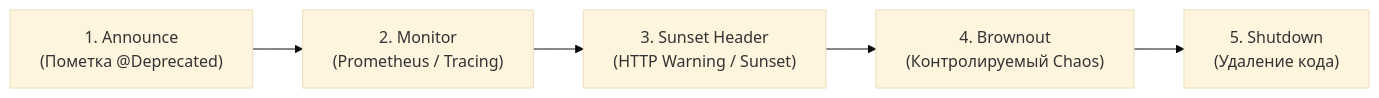
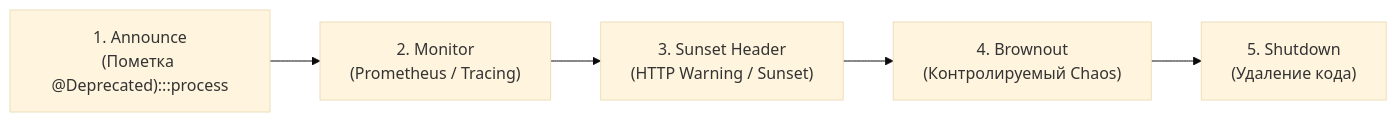
One commit to UnrealTemplier/go-textbook changed the second of 3 diagrams in sources/14. Распределенные системы на Go/04. Микросервисы/6. Versioning сервисов.md. Above: the diagram before and after it, drawn with Mermaid (base theme). The commit also changed other lines of this file and 1666 other files, not shown here.

First line of the commit message:
feat(mermaid): add semantic color classDef to 1369 colorless flowchart/graph diagrams

````diff
--- a/sources/14. Распределенные системы на Go/04. Микросервисы/6. Versioning сервисов.md
+++ b/sources/14. Распределенные системы на Go/04. Микросервисы/6. Versioning сервисов.md
@@ -110,7 +120,17 @@
 ```mermaid
 flowchart LR
-    A["1. Announce<br/>(Пометка @Deprecated)"] --> B["2. Monitor<br/>(Prometheus / Tracing)"]
+    classDef process  fill:#1e293b,stroke:#38bdf8,stroke-width:1px,color:#f8fafc
+    classDef success  fill:#064e3b,stroke:#34d399,stroke-width:1px,color:#f8fafc
+    classDef error    fill:#7f1d1d,stroke:#f87171,stroke-width:1px,color:#f8fafc
+    classDef warning  fill:#78350f,stroke:#fbbf24,stroke-width:1px,color:#f8fafc
+    classDef entry    fill:#1e3a5f,stroke:#38bdf8,stroke-width:2px,color:#f8fafc
+    classDef aux      fill:#334155,stroke:#64748b,stroke-width:1px,color:#f8fafc
+    classDef system   fill:#312e81,stroke:#a78bfa,stroke-width:1px,color:#f8fafc
+    classDef data     fill:#132d29,stroke:#2dd4bf,stroke-width:1px,color:#f8fafc
+    classDef network  fill:#881337,stroke:#fb7185,stroke-width:1px,color:#f8fafc
+    classDef accent   fill:#1e1b4b,stroke:#818cf8,stroke-width:1px,color:#f8fafc
+    A["1. Announce<br/>(Пометка @Deprecated):::process"] --> B["2. Monitor<br/>(Prometheus / Tracing)"]
     B --> C["3. Sunset Header<br/>(HTTP Warning / Sunset)"]
     C --> D["4. Brownout<br/>(Контролируемый Chaos)"]
     D --> E["5. Shutdown<br/>(Удаление кода)"]
 ```
````
